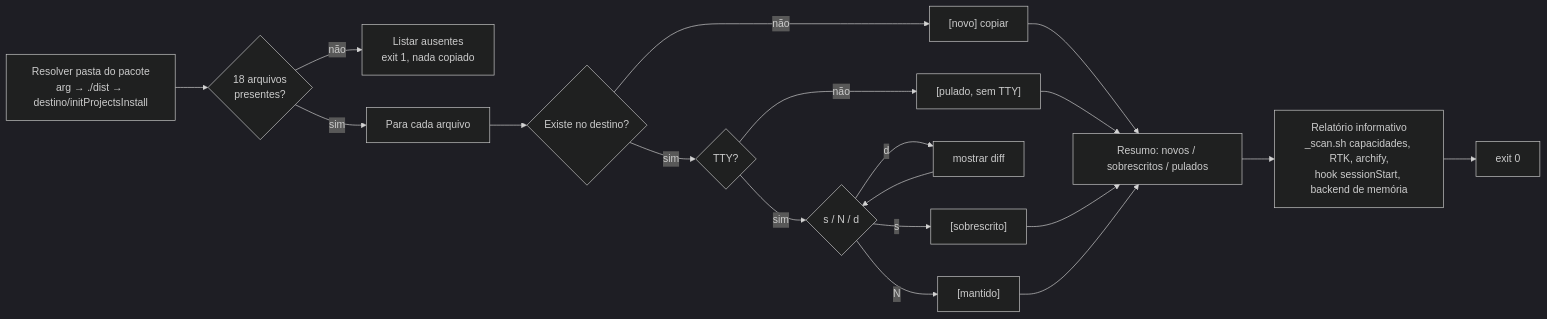
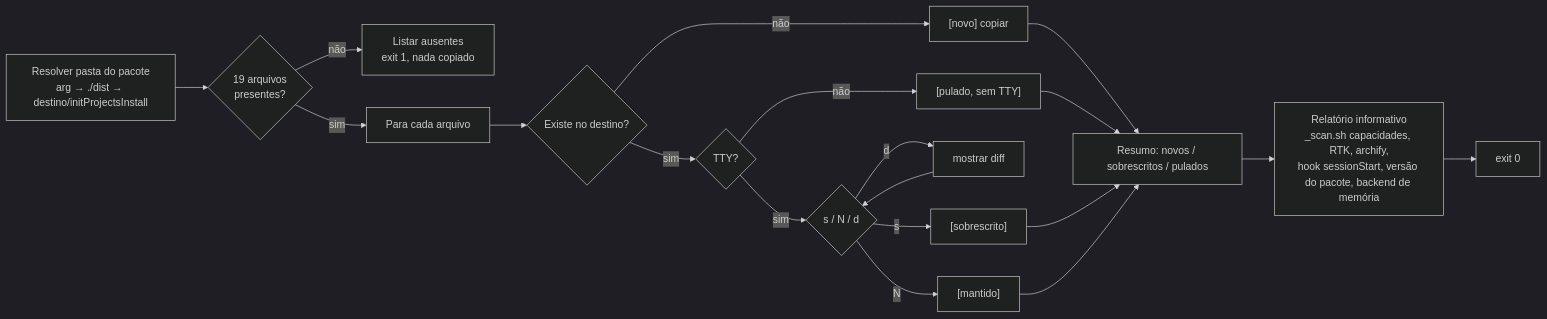
The second of 4 diagrams in docs/Organograma.md (c3t4r4/Personal-MD-for-Cursor), drawn with Mermaid (dark theme) before and after one commit. The commit also changed other lines of this file and 18 other files, not shown here.

````diff
--- a/docs/Organograma.md
+++ b/docs/Organograma.md
@@ -40,17 +40,17 @@
 ```mermaid
 flowchart LR
-    A["Resolver pasta do pacote<br/>arg → ./dist → destino/initProjectsInstall"] --> B{"18 arquivos<br/>presentes?"}
+    A["Resolver pasta do pacote<br/>arg → ./dist → destino/initProjectsInstall"] --> B{"19 arquivos<br/>presentes?"}
     B -->|não| X["Listar ausentes<br/>exit 1, nada copiado"]
     B -->|sim| C["Para cada arquivo"]
     C --> D{"Existe no destino?"}
     D -->|não| E["[novo] copiar"]
     D -->|sim| F{"TTY?"}
     F -->|não| G["[pulado, sem TTY]"]
     F -->|sim| H{"s / N / d"}
     H -->|d| I["mostrar diff"] --> H
     H -->|s| J["[sobrescrito]"]
     H -->|N| K["[mantido]"]
     E & G & J & K --> L["Resumo: novos / sobrescritos / pulados"]
-    L --> M["Relatório informativo<br/>_scan.sh capacidades, RTK, archify,<br/>hook sessionStart, backend de memória"]
+    L --> M["Relatório informativo<br/>_scan.sh capacidades, RTK, archify,<br/>hook sessionStart, versão do pacote, backend de memória"]
     M --> N["exit 0"]
 ```
````
